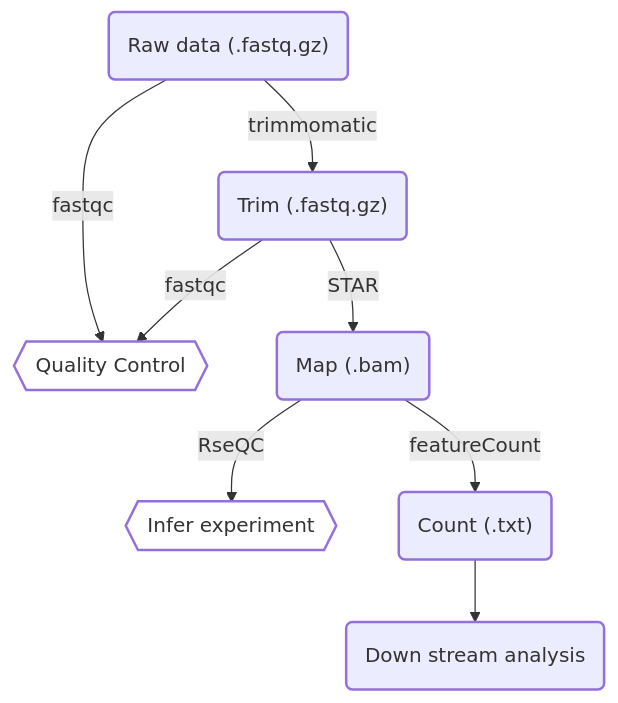
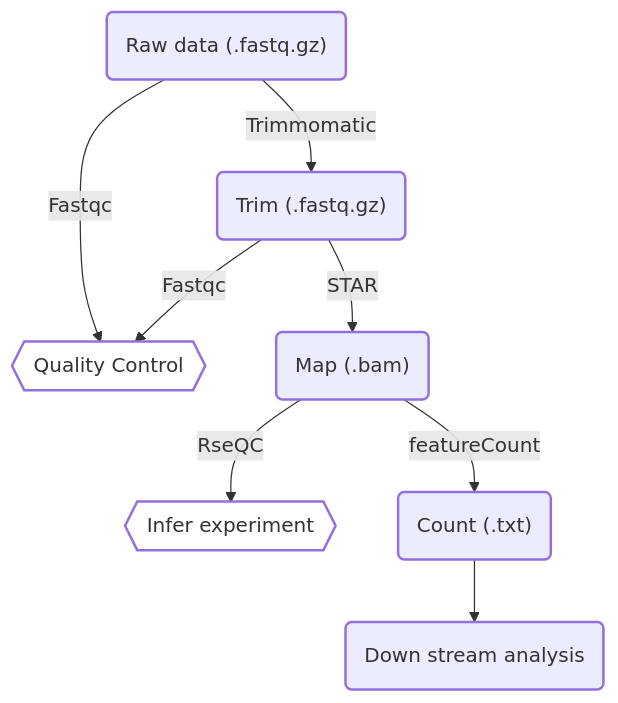
Before and after one commit to sajuukLyu/Protocols-4pub: the first of 2 diagrams in mermaidPlot/mermaidPlot.md, drawn with Mermaid. The commit also changed other lines of this file and 1 other file, not shown here.

````diff
--- a/mermaidPlot/mermaidPlot.md
+++ b/mermaidPlot/mermaidPlot.md
@@ -9,13 +9,13 @@
 ```mermaid
 flowchart TD;
 classDef default stroke-width: 2px ;
 classDef qc fill: #ffffff ;
-	A("Raw data (.fastq.gz)") -->|fastqc| a{{"Quality Control"}};
-	A -->|trimmomatic| B("Trim (.fastq.gz)");
-	B -->|fastqc| a;
-	B -->|STAR| C("Map (.bam)");
-	C -->|RseQC| D{{"Infer experiment"}};
-	C -->|featureCount| E("Count (.txt)");
-	E --> F("Down stream analysis");
-class a,D qc
+	A("Raw data (.fastq.gz)") -->|Fastqc| a{{"Quality Control"}}
+	A -->|Trimmomatic| B("Trim (.fastq.gz)")
+	B -->|Fastqc| a
+	B -->|STAR| C("Map (.bam)")
+	C -->|RseQC| c{{"Infer experiment"}}
+	C -->|featureCount| D("Count (.txt)")
+	D --> E("Down stream analysis")
+class a,c qc
 ```
````
